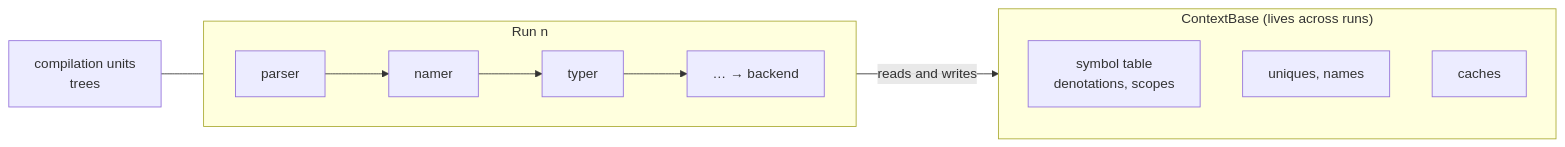
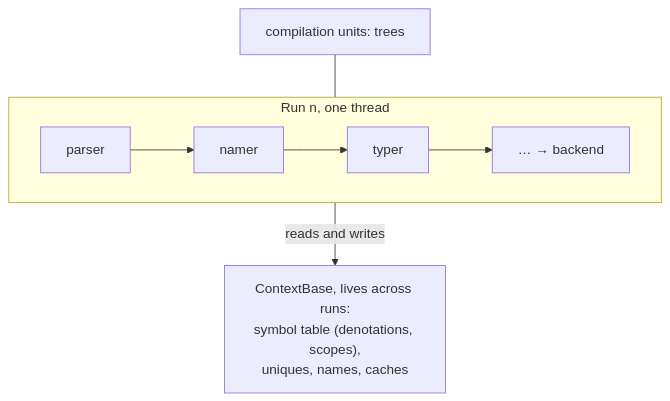
One commit to retronym/talks changed the first of 12 diagrams in dotc-interactive/talk.md. Above: the diagram before and after it, drawn with Mermaid. The commit also changed other lines of this file and 1 other file, not shown here.

First line of the commit message:
dotc-interactive: fix the lazy-resolve state diagram; make wide mermaid diagrams legible

````diff
--- a/dotc-interactive/talk.md
+++ b/dotc-interactive/talk.md
@@ -30,14 +30,9 @@
 ```mermaid
-flowchart LR
-  subgraph CB["ContextBase (lives across runs)"]
-    ST["symbol table<br/>denotations, scopes"]
-    UQ["uniques, names"]
-    CA["caches"]
-  end
-  subgraph R["Run n"]
+flowchart TB
+  subgraph R["Run n, one thread"]
     direction LR
     P[parser] --> N[namer] --> T[typer] --> X["… → backend"]
   end
-  R -- "reads and writes" --> CB
-  U["compilation units<br/>trees"] --- R
+  U["compilation units: trees"] --- R
+  R -- "reads and writes" --> CB["ContextBase, lives across runs:<br/>symbol table (denotations, scopes),<br/>uniques, names, caches"]
 ```
````
